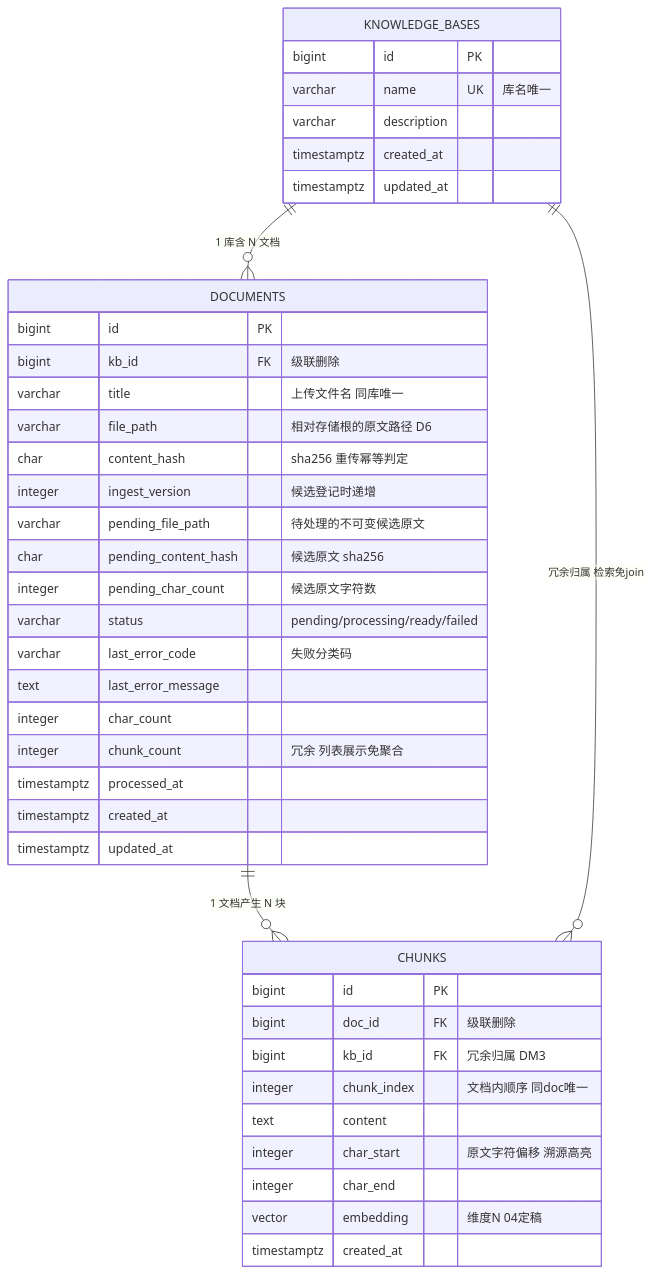
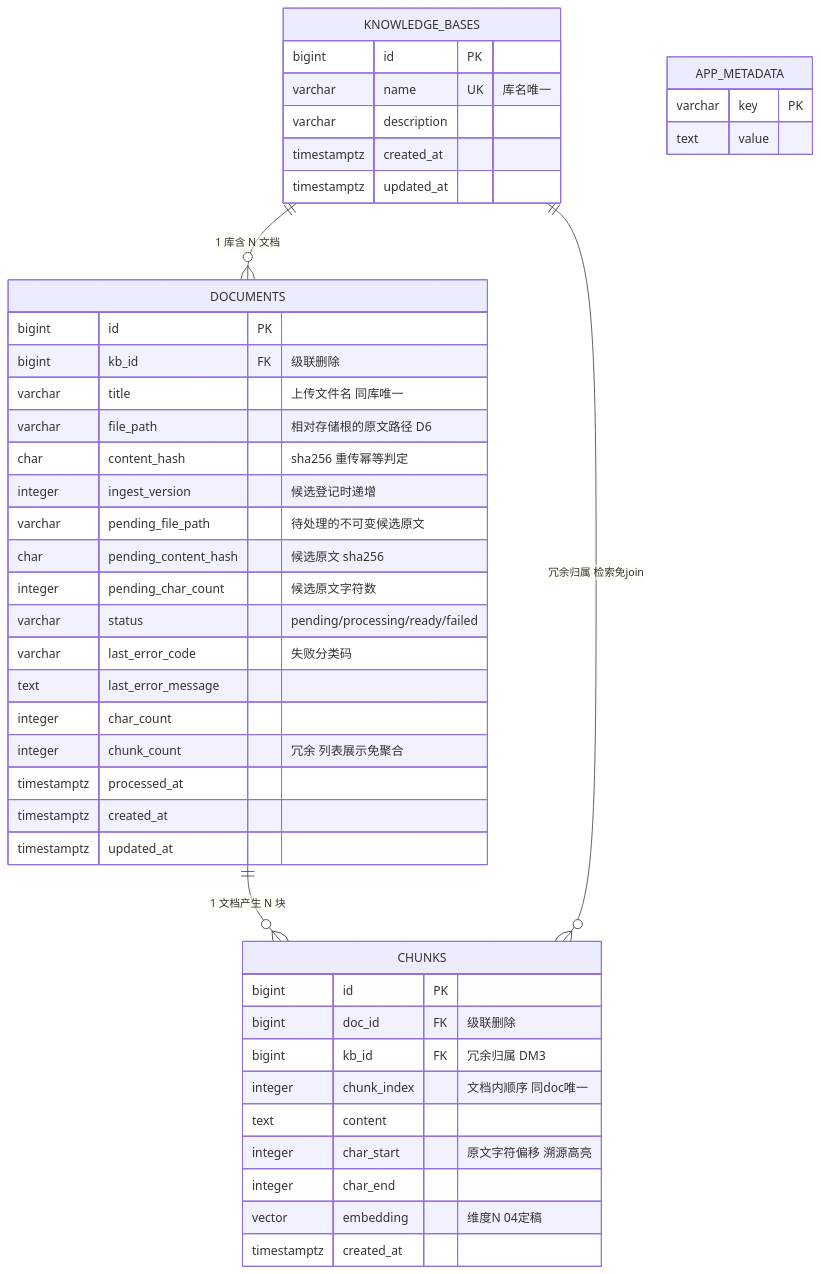
Before and after one commit to One-29/personal-knowledge-base: the first of 2 diagrams in docs/design/03-data-model.md, drawn with Mermaid. The commit also changed other lines of this file and 21 other files, not shown here.

````diff
--- a/docs/design/03-data-model.md
+++ b/docs/design/03-data-model.md
@@ -37,44 +38,49 @@
 ```mermaid
 erDiagram
     KNOWLEDGE_BASES ||--o{ DOCUMENTS : "1 库含 N 文档"
     DOCUMENTS ||--o{ CHUNKS : "1 文档产生 N 块"
     KNOWLEDGE_BASES ||--o{ CHUNKS : "冗余归属 检索免join"
+
+    APP_METADATA {
+        varchar key PK
+        text value
+    }
 
     KNOWLEDGE_BASES {
         bigint id PK
         varchar name UK "库名唯一"
         varchar description
         timestamptz created_at
         timestamptz updated_at
     }
     DOCUMENTS {
         bigint id PK
         bigint kb_id FK "级联删除"
         varchar title "上传文件名 同库唯一"
         varchar file_path "相对存储根的原文路径 D6"
         char content_hash "sha256 重传幂等判定"
         integer ingest_version "候选登记时递增"
         varchar pending_file_path "待处理的不可变候选原文"
         char pending_content_hash "候选原文 sha256"
         integer pending_char_count "候选原文字符数"
         varchar status "pending/processing/ready/failed"
         varchar last_error_code "失败分类码"
         text last_error_message
         integer char_count
         integer chunk_count "冗余 列表展示免聚合"
         timestamptz processed_at
         timestamptz created_at
         timestamptz updated_at
     }
     CHUNKS {
         bigint id PK
         bigint doc_id FK "级联删除"
         bigint kb_id FK "冗余归属 DM3"
         integer chunk_index "文档内顺序 同doc唯一"
         text content
         integer char_start "原文字符偏移 溯源高亮"
         integer char_end
         vector embedding "维度N 04定稿"
         timestamptz created_at
     }
 ```
````
